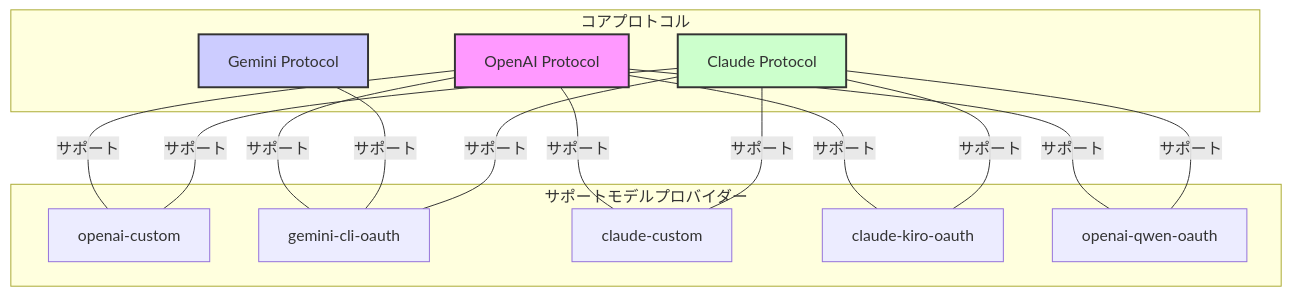
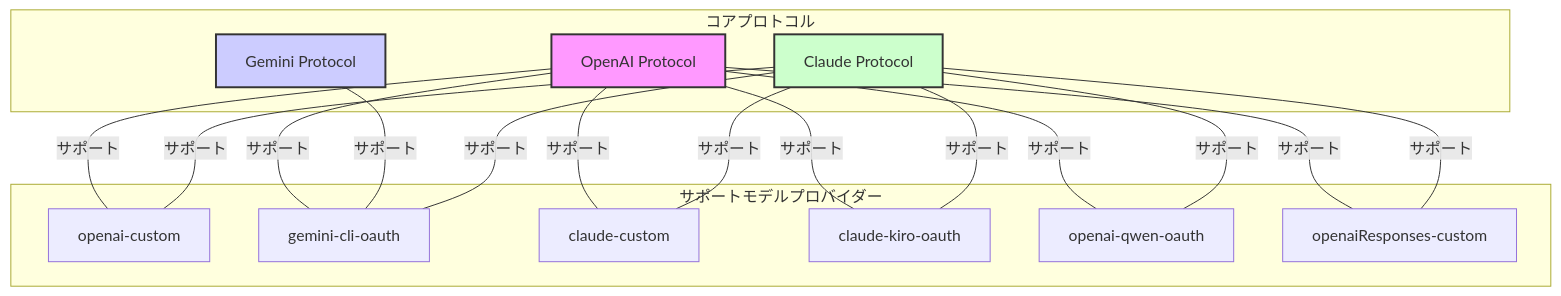
Before and after one commit to justlovemaki/AIClient-2-API: the diagram in README-JA.md, drawn with Mermaid. The commit also changed other lines of this file and 24 other files, not shown here.

````diff
--- a/README-JA.md
+++ b/README-JA.md
@@ -94,36 +95,39 @@
   ```mermaid
 
    graph TD
        subgraph Core_Protocols["コアプロトコル"]
            P_OPENAI[OpenAI Protocol]
            P_GEMINI[Gemini Protocol]
            P_CLAUDE[Claude Protocol]
        end
 
        subgraph Supported_Model_Providers["サポートモデルプロバイダー"]
            MP_OPENAI[openai-custom]
            MP_GEMINI[gemini-cli-oauth]
            MP_CLAUDE_C[claude-custom]
            MP_CLAUDE_K[claude-kiro-oauth]
            MP_QWEN[openai-qwen-oauth]
+           MP_OPENAI_RESP[openaiResponses-custom]
        end
 
        P_OPENAI ---|サポート| MP_OPENAI
        P_OPENAI ---|サポート| MP_QWEN
        P_OPENAI ---|サポート| MP_GEMINI
        P_OPENAI ---|サポート| MP_CLAUDE_C
        P_OPENAI ---|サポート| MP_CLAUDE_K
-
+       P_OPENAI ---|サポート| MP_OPENAI_RESP
+   
        P_GEMINI ---|サポート| MP_GEMINI
-
+   
        P_CLAUDE ---|サポート| MP_CLAUDE_C
        P_CLAUDE ---|サポート| MP_CLAUDE_K
        P_CLAUDE ---|サポート| MP_GEMINI
        P_CLAUDE ---|サポート| MP_OPENAI
        P_CLAUDE ---|サポート| MP_QWEN
+       P_CLAUDE ---|サポート| MP_OPENAI_RESP
 
        style P_OPENAI fill:#f9f,stroke:#333,stroke-width:2px
        style P_GEMINI fill:#ccf,stroke:#333,stroke-width:2px
        style P_CLAUDE fill:#cfc,stroke:#333,stroke-width:2px
 
   ```
````
